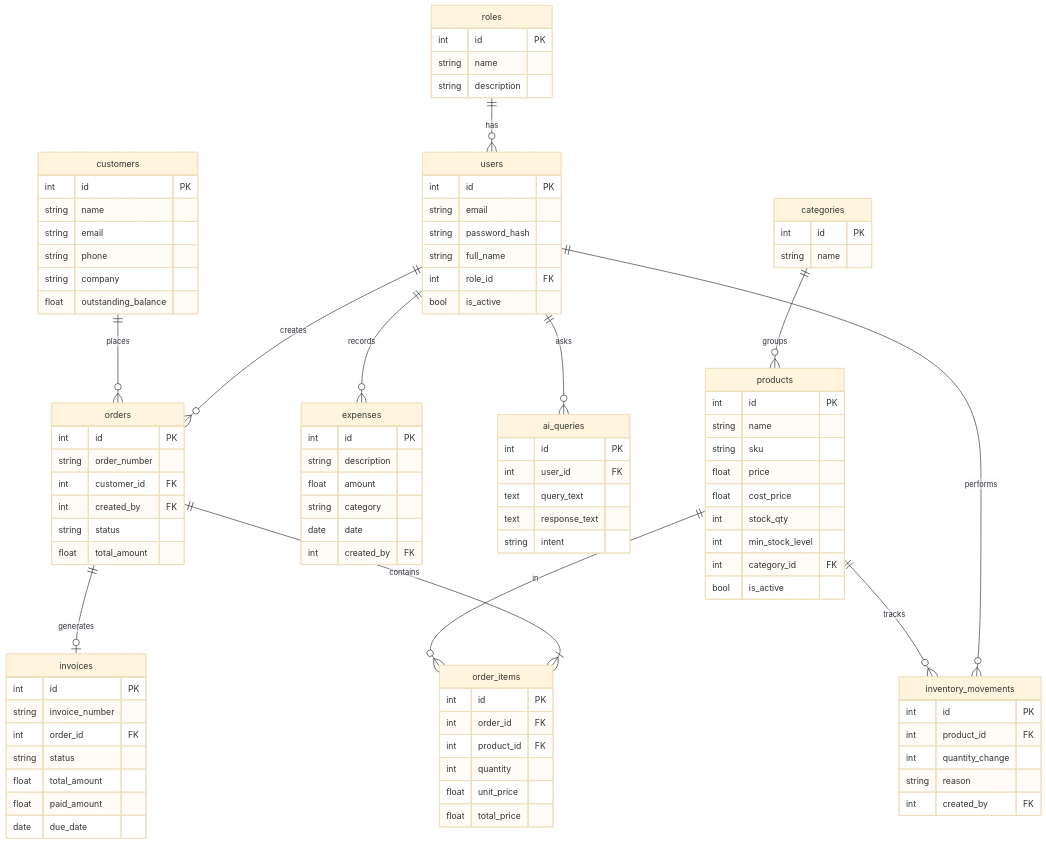
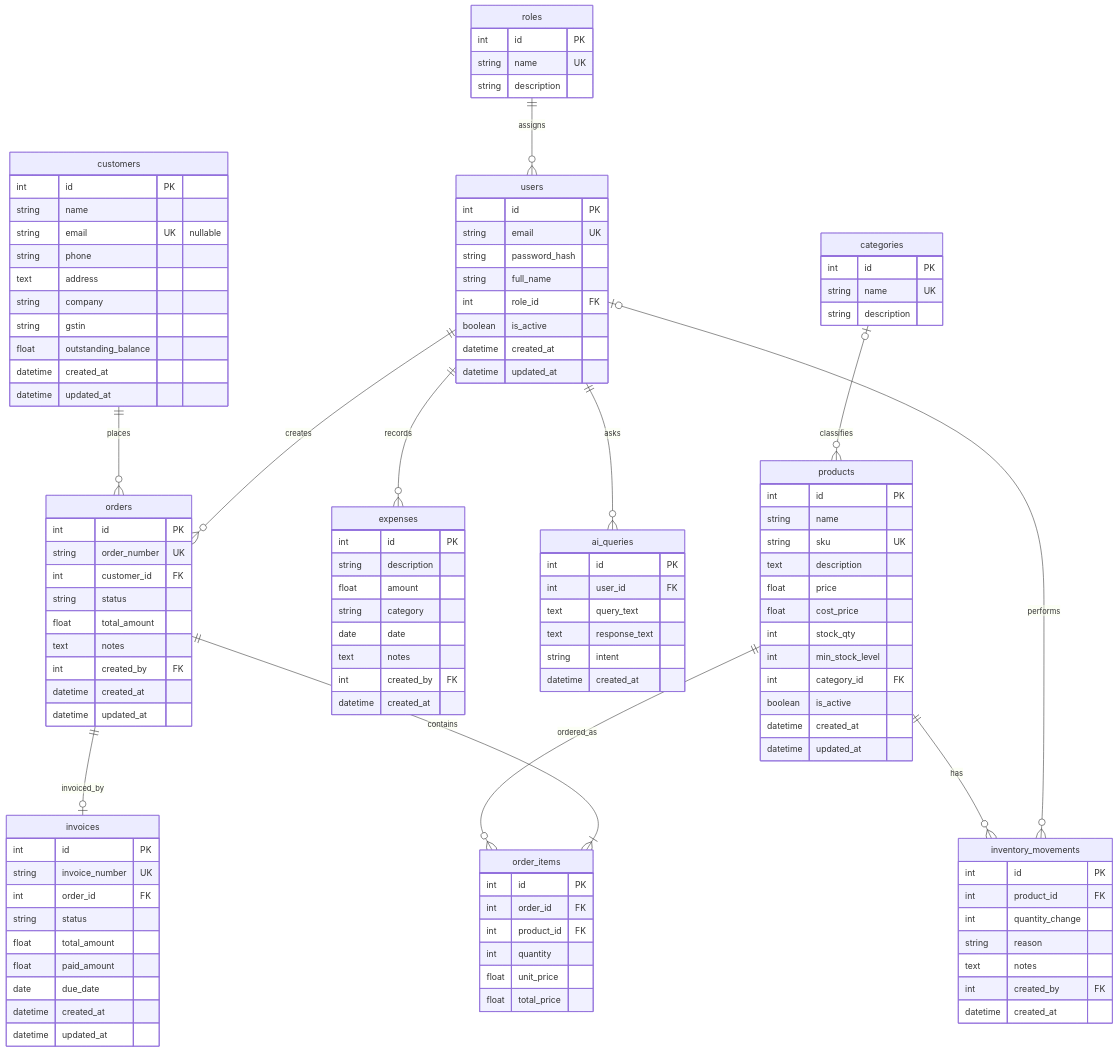
The diagram in docs/design-diagrams/10-er-diagram.mmd (hyperS777/BizAI), drawn with Mermaid before and after one commit. The commit also changed 35 other files, not shown here.

```diff
--- a/docs/design-diagrams/10-er-diagram.mmd
+++ b/docs/design-diagrams/10-er-diagram.mmd
@@ -1,107 +1,116 @@
-%%{init: {'theme': 'base', 'er': {'layoutDirection': 'LR', 'minEntityWidth': 150, 'minEntityHeight': 150}}}%%
+%% Physical ERD: attributes are source-derived; FK cardinalities use crow's-foot notation.
 erDiagram
-    roles ||--o{ users : "has"
-    users ||--o{ orders : "creates"
-    users ||--o{ expenses : "records"
-    users ||--o{ ai_queries : "asks"
-    users ||--o{ inventory_movements : "performs"
-    customers ||--o{ orders : "places"
-    categories ||--o{ products : "groups"
-    orders ||--|{ order_items : "contains"
-    products ||--o{ order_items : "in"
-    orders ||--o| invoices : "generates"
-    products ||--o{ inventory_movements : "tracks"
-
+    roles ||--o{ users : assigns
+    users ||--o{ orders : creates
+    users ||--o{ expenses : records
+    users ||--o{ ai_queries : asks
+    users o|--o{ inventory_movements : performs
+    customers ||--o{ orders : places
+    categories o|--o{ products : classifies
+    orders ||--|{ order_items : contains
+    products ||--o{ order_items : ordered_as
+    orders ||--o| invoices : invoiced_by
+    products ||--o{ inventory_movements : has
     roles {
-        int id PK
-        string name
-        string description
+      int id PK
+      string name UK
+      string description
     }
-
     users {
-        int id PK
-        string email
-        string password_hash
-        string full_name
-        int role_id FK
-        bool is_active
+      int id PK
+      string email UK
+      string password_hash
+      string full_name
+      int role_id FK
+      boolean is_active
+      datetime created_at
+      datetime updated_at
     }
-
     customers {
-        int id PK
-        string name
-        string email
-        string phone
-        string company
-        float outstanding_balance
+      int id PK
+      string name
+      string email UK "nullable"
+      string phone
+      text address
+      string company
+      string gstin
+      float outstanding_balance
+      datetime created_at
+      datetime updated_at
     }
-
     categories {
-        int id PK
-        string name
+      int id PK
+      string name UK
+      string description
     }
-
     products {
-        int id PK
-        string name
-        string sku
-        float price
-        float cost_price
-        int stock_qty
-        int min_stock_level
-        int category_id FK
-        bool is_active
+      int id PK
+      string name
+      string sku UK
+      text description
+      float price
+      float cost_price
+      int stock_qty
+      int min_stock_level
+      int category_id FK
+      boolean is_active
+      datetime created_at
+      datetime updated_at
     }
-
     orders {
-        int id PK
-        string order_number
-        int customer_id FK
-        int created_by FK
-        string status
-        float total_amount
+      int id PK
+      string order_number UK
+      int customer_id FK
+      string status
+      float total_amount
+      text notes
+      int created_by FK
+      datetime created_at
+      datetime updated_at
     }
-
     order_items {
-        int id PK
-        int order_id FK
-        int product_id FK
-        int quantity
-        float unit_price
-        float total_price
+      int id PK
+      int order_id FK
+      int product_id FK
+      int quantity
+      float unit_price
+      float total_price
     }
-
     invoices {
-        int id PK
-        string invoice_number
-        int order_id FK
-        string status
-        float total_amount
-        float paid_amount
-        date due_date
+      int id PK
+      string invoice_number UK
+      int order_id FK
+      string status
+      float total_amount
+      float paid_amount
+      date due_date
+      datetime created_at
+      datetime updated_at
     }
-
     expenses {
-        int id PK
-        string description
-        float amount
-        string category
-        date date
-        int created_by FK
+      int id PK
+      string description
+      float amount
+      string category
+      date date
+      text notes
+      int created_by FK
+      datetime created_at
     }
-
     inventory_movements {
-        int id PK
-        int product_id FK
-        int quantity_change
-        string reason
-        int created_by FK
+      int id PK
+      int product_id FK
+      int quantity_change
+      string reason
+      text notes
+      int created_by FK
+      datetime created_at
     }
-
     ai_queries {
-        int id PK
-        int user_id FK
-        text query_text
-        text response_text
-        string intent
+      int id PK
+      int user_id FK
+      text query_text
+      text response_text
+      string intent
+      datetime created_at
     }
```
